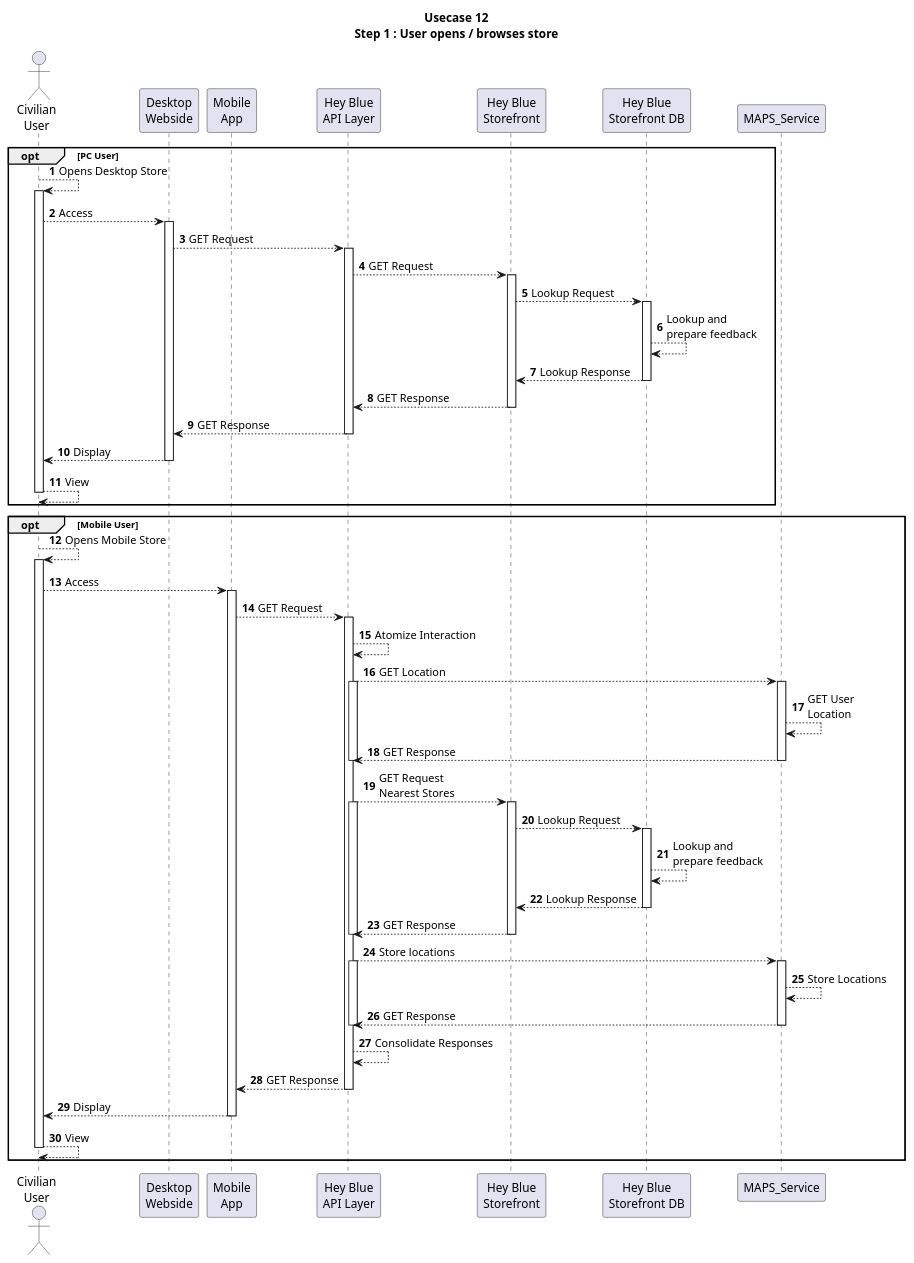
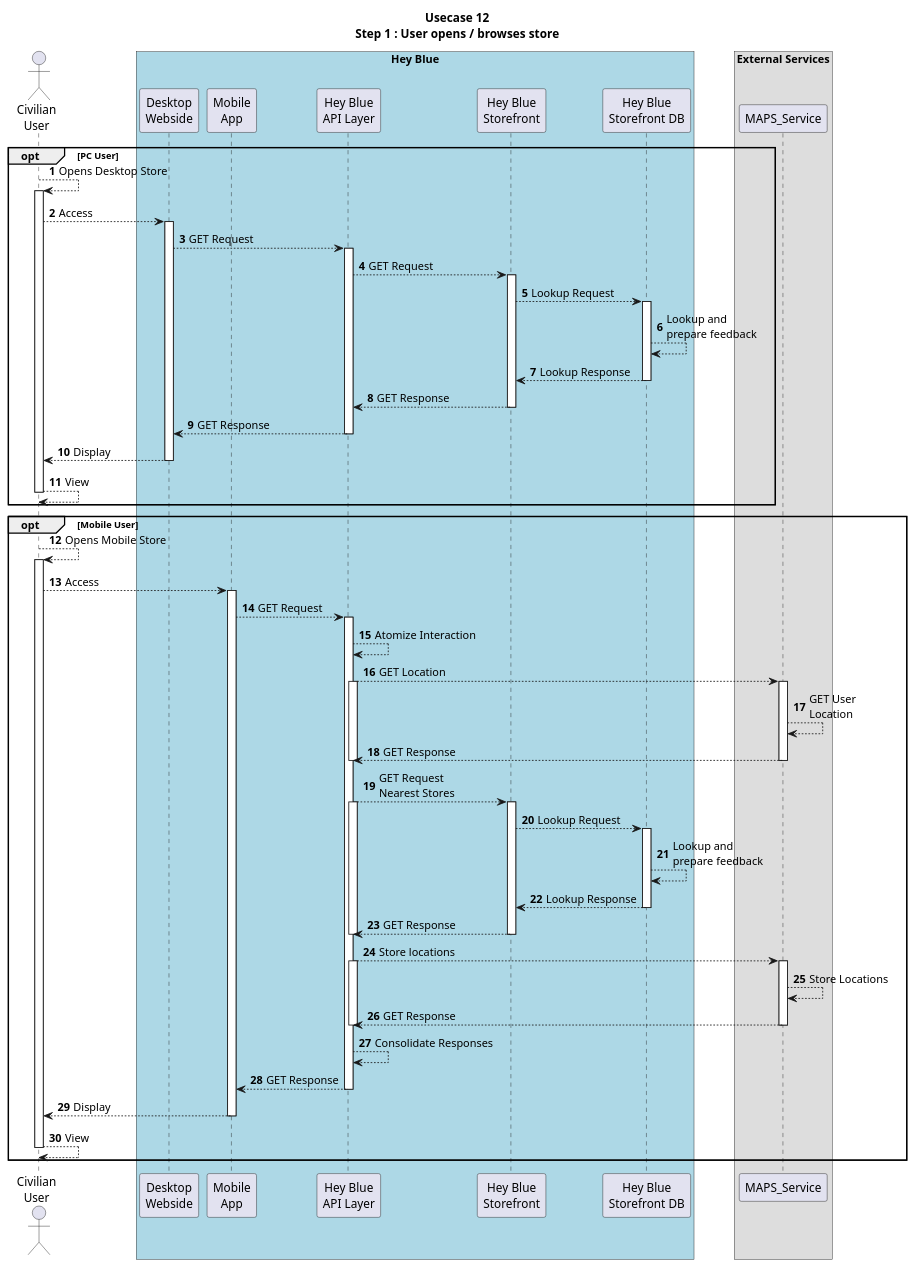
The diagram in WiP/Usecases/12/12_01_BrowseStores.puml (MinniMieze/HeyBlue), drawn with PlantUML before and after one commit.

Commit message:
participants in sequence flow pushed into box

```diff
--- a/WiP/Usecases/12/12_01_BrowseStores.puml
+++ b/WiP/Usecases/12/12_01_BrowseStores.puml
@@ -1,93 +1,100 @@
 @startuml User Browses Stores
 
 title
 Usecase 12
 Step 1 : User opens / browses store
 end title
 
 autonumber
 
 actor User as "Civilian\nUser"
-participant Desktop as "Desktop\nWebside"
-participant Mobile as "Mobile\nApp"
 
-participant API_Layer as "Hey Blue\nAPI Layer"
+box "Hey Blue" #Lightblue
+    participant Desktop as "Desktop\nWebside"
+    participant Mobile as "Mobile\nApp"
 
-participant Storefront as "Hey Blue\nStorefront"
-participant Storefront_DB as "Hey Blue\nStorefront DB"
+    participant API_Layer as "Hey Blue\nAPI Layer"
+
+    participant Storefront as "Hey Blue\nStorefront"
+    participant Storefront_DB as "Hey Blue\nStorefront DB"
+end box
+
+box "External Services" 
+    participant MAPS_Service
+end box
 
 opt PC User
     User --> User : Opens Desktop Store
     activate User
         User --> Desktop : Access
         activate Desktop
             Desktop --> API_Layer : GET Request
             activate API_Layer
                 API_Layer --> Storefront : GET Request
                 activate Storefront
                     Storefront --> Storefront_DB : Lookup Request
                     activate Storefront_DB
                         Storefront_DB --> Storefront_DB : Lookup and\nprepare feedback
                         Storefront_DB --> Storefront : Lookup Response
                     deactivate Storefront_DB
                     Storefront --> API_Layer : GET Response
                 deactivate Storefront
                 API_Layer --> Desktop : GET Response
             deactivate API_Layer
             Desktop --> User : Display
         deactivate Desktop
         User --> User : View
     deactivate User
 end
 
 '###### Mobile User through App
 
 opt Mobile User
     User --> User : Opens Mobile Store
     activate User
         User --> Mobile : Access
         activate Mobile
             Mobile --> API_Layer : GET Request
             activate API_Layer
                 API_Layer --> API_Layer : Atomize Interaction
                 API_Layer --> MAPS_Service : GET Location
                 activate API_Layer
                     activate MAPS_Service
                         MAPS_Service --> MAPS_Service : GET User\nLocation
                         MAPS_Service --> API_Layer : GET Response
                     deactivate MAPS_Service
                 deactivate API_Layer
                 API_Layer --> Storefront : GET Request\nNearest Stores
                 activate API_Layer
                     activate Storefront
                         Storefront --> Storefront_DB : Lookup Request
                         activate Storefront_DB
                             Storefront_DB --> Storefront_DB : Lookup and\nprepare feedback
                             Storefront_DB --> Storefront : Lookup Response
                         deactivate Storefront_DB
                         Storefront --> API_Layer : GET Response
                     deactivate Storefront
                 deactivate API_Layer
                 API_Layer --> MAPS_Service : Store locations
                 activate MAPS_Service
                     activate API_Layer
-                    MAPS_Service --> MAPS_Service : Store Locations
-                    MAPS_Service --> API_Layer : GET Response
+                        MAPS_Service --> MAPS_Service : Store Locations
+                        MAPS_Service --> API_Layer : GET Response
                     deactivate API_Layer
                 deactivate MAPS_Service
                 API_Layer --> API_Layer : Consolidate Responses
                 API_Layer --> Mobile : GET Response
             deactivate API_Layer
             Mobile --> User : Display
         deactivate Mobile
         User --> User : View
     deactivate User
 end
 
 
 
 
 
 
 
 @enduml 
```
